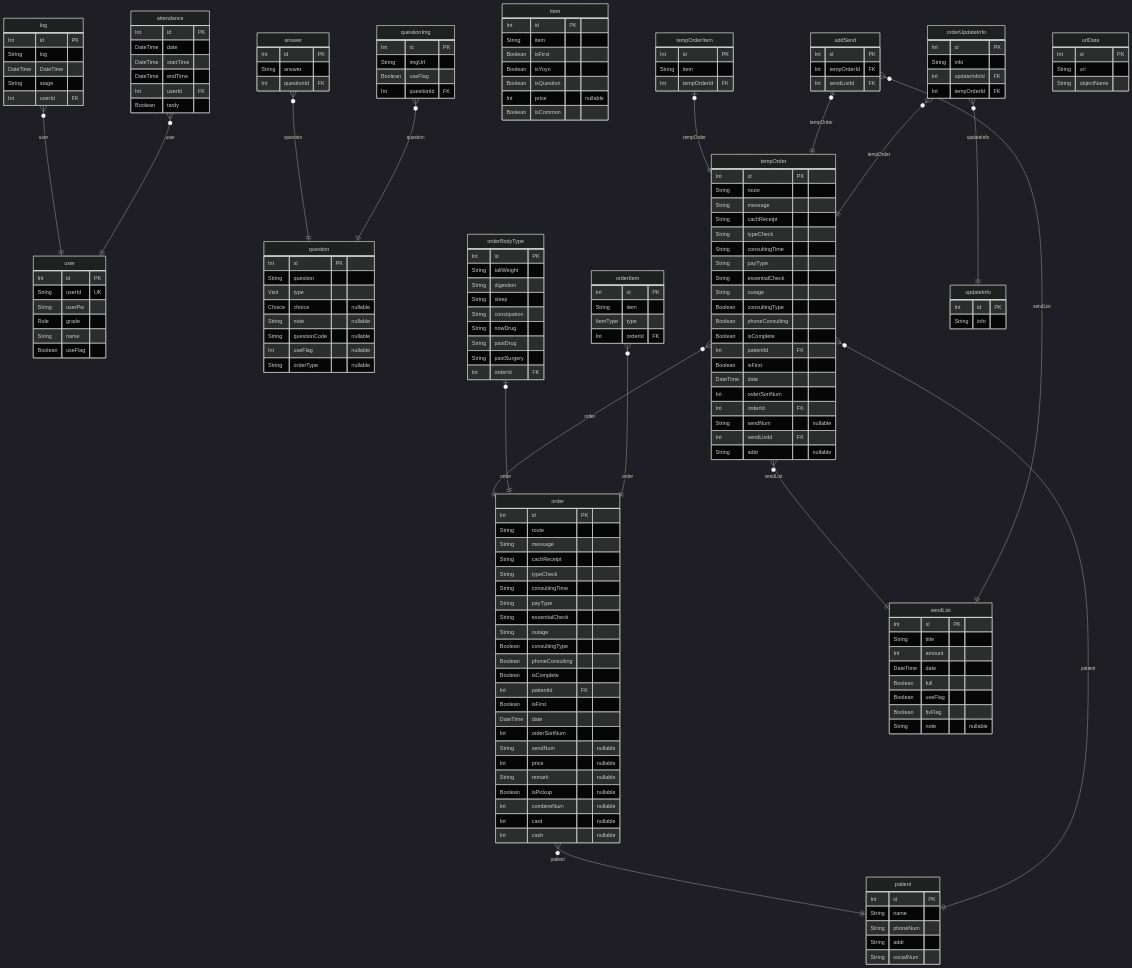
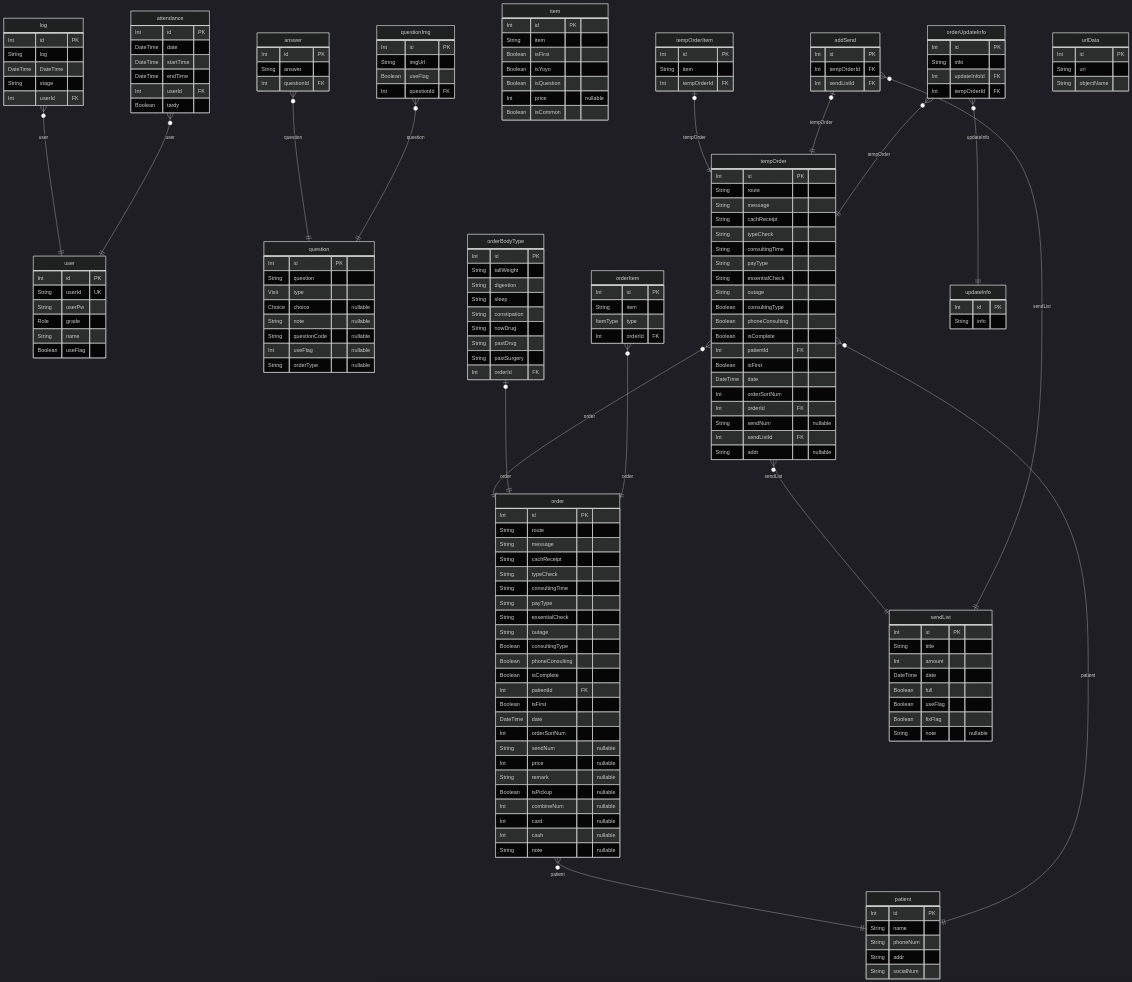
Before and after one commit to CobitionOrg/chamServer-erp: the diagram in prisma/ERD.md, drawn with Mermaid (dark theme). The commit also changed other lines of this file and 4 other files, not shown here.

```diff
--- a/prisma/ERD.md
+++ b/prisma/ERD.md
@@ -90,6 +90,7 @@
   Int combineNum "nullable"
   Int card "nullable"
   Int cash "nullable"
+  String note "nullable"
 }
 "tempOrder" {
   Int id PK
```
